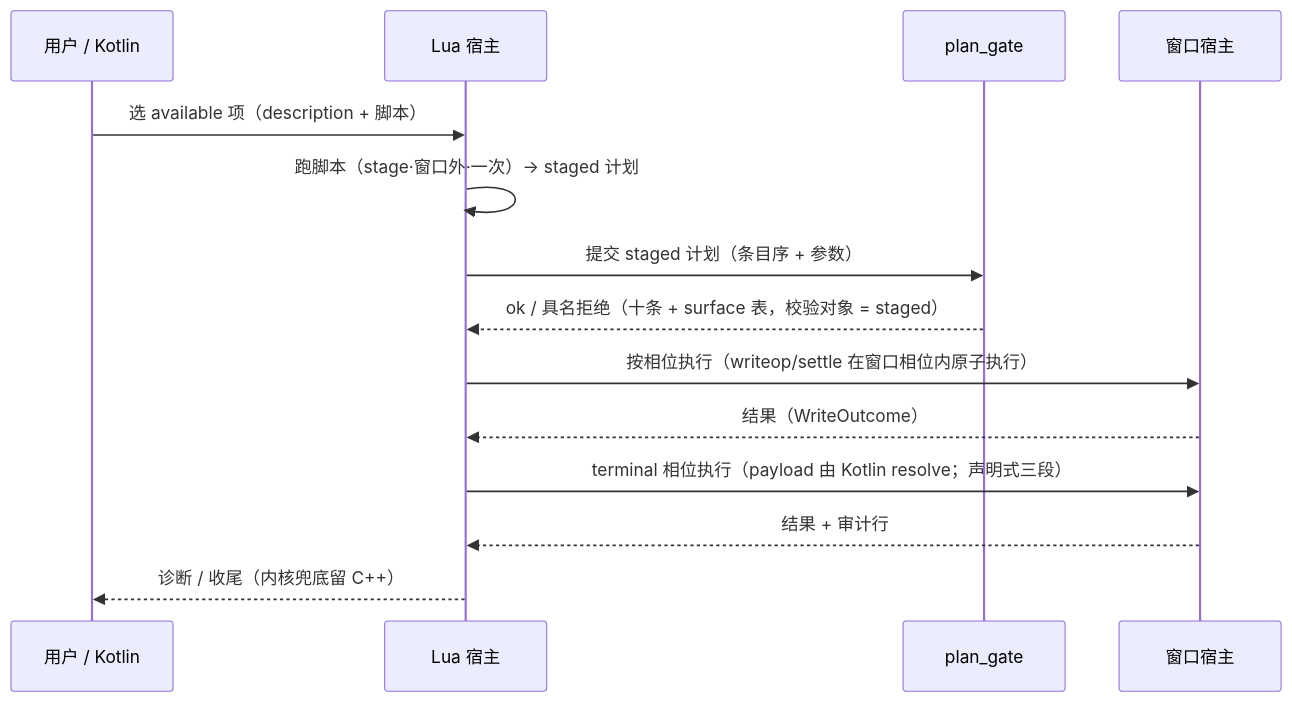
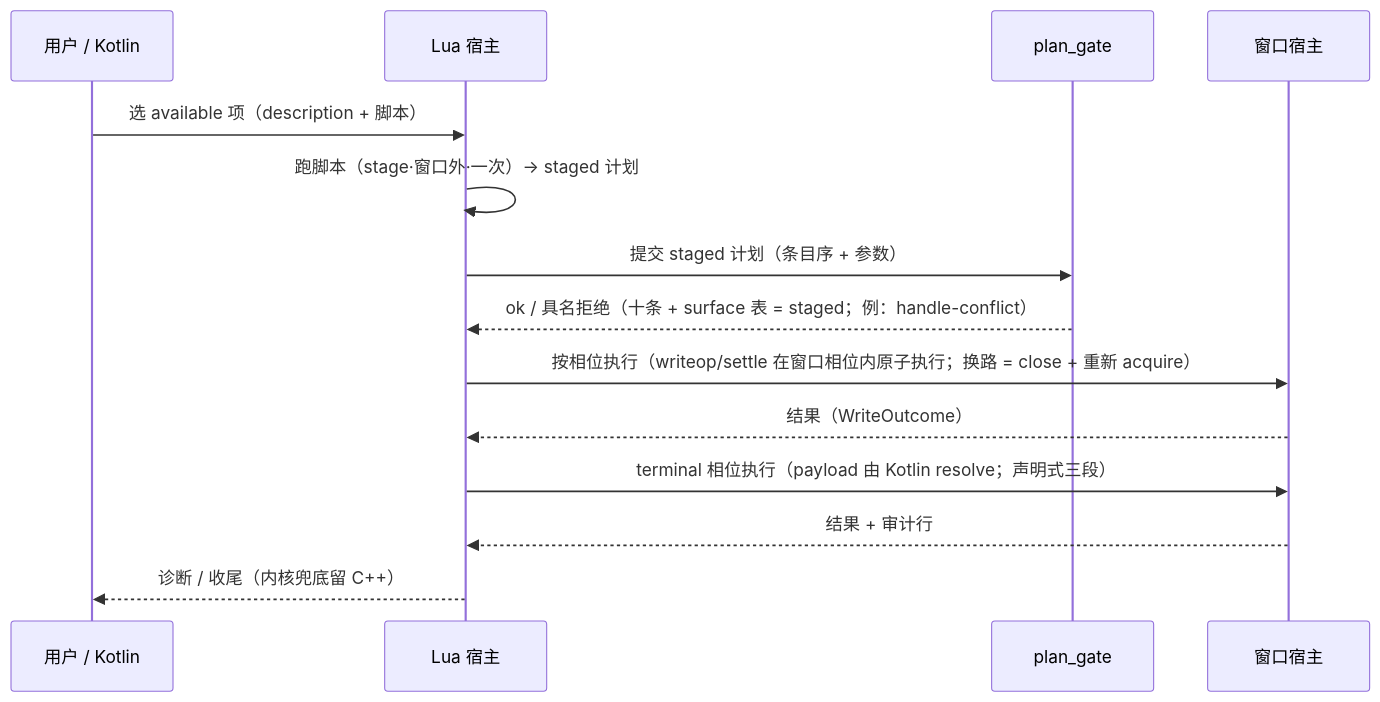
Diagram 17 of 17 in docs/development/full-process-uml.md (YuKongA/ghostlock-app), drawn with Mermaid before and after one commit. The commit also changed other lines of this file and 4 other files, not shown here.

First line of the commit message:
docs: settle route switching on closing the handle, and register the consistent-expression principle

````diff
--- a/docs/development/full-process-uml.md
+++ b/docs/development/full-process-uml.md
@@ -825,16 +827,16 @@
 ```mermaid
 sequenceDiagram
   participant U as 用户 / Kotlin
   participant L as Lua 宿主
   participant G as plan_gate
   participant W as 窗口宿主
   U->>L: 选 available 项（description + 脚本）
   L->>L: 跑脚本（stage·窗口外·一次）→ staged 计划
   L->>G: 提交 staged 计划（条目序 + 参数）
-  G-->>L: ok / 具名拒绝（十条 + surface 表，校验对象 = staged）
-  L->>W: 按相位执行（writeop/settle 在窗口相位内原子执行）
+  G-->>L: ok / 具名拒绝（十条 + surface 表 = staged；例：handle-conflict）
+  L->>W: 按相位执行（writeop/settle 在窗口相位内原子执行；换路 = close + 重新 acquire）
   W-->>L: 结果（WriteOutcome）
   L->>W: terminal 相位执行（payload 由 Kotlin resolve；声明式三段）
   W-->>L: 结果 + 审计行
   L-->>U: 诊断 / 收尾（内核兜底留 C++）
 ```
````
